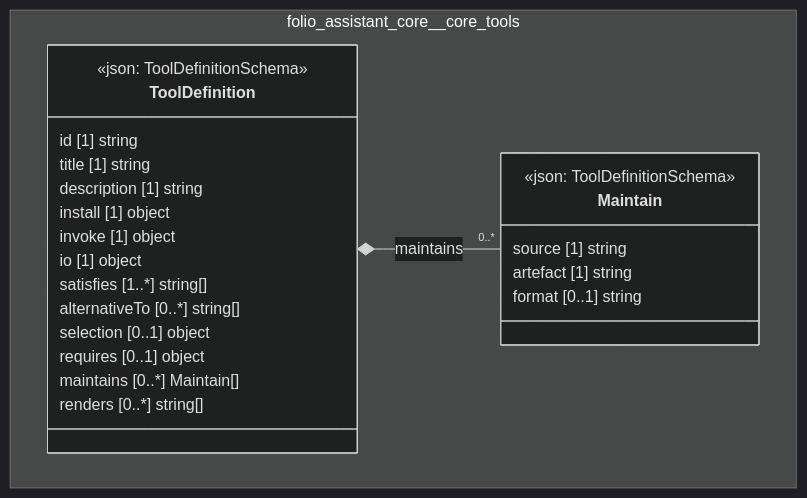
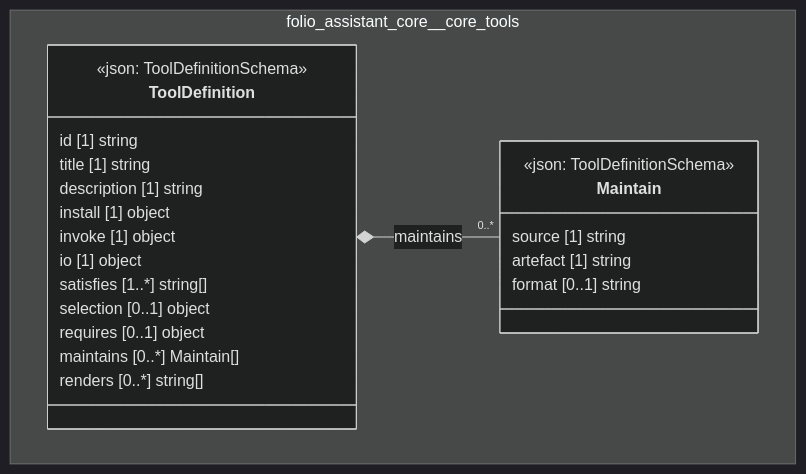
The diagram in cat-harness/docs/uml/overview/folio-assistant-core/core-tools.md (litlfred/folio-assistant), drawn with Mermaid (dark theme) before and after one commit. The commit also changed 155 other files, not shown here.

````diff
--- a/cat-harness/docs/uml/overview/folio-assistant-core/core-tools.md
+++ b/cat-harness/docs/uml/overview/folio-assistant-core/core-tools.md
@@ -42,30 +42,29 @@
 ```mermaid
 classDiagram
   direction TB
   namespace folio_assistant_core__core_tools {
     class folio_assistant_core_core_tools_Maintain["Maintain"] {
       <<json: ToolDefinitionSchema>>
       source [1] string
       artefact [1] string
       format [0..1] string
     }
     class folio_assistant_core_core_tools_ToolDefinition["ToolDefinition"] {
       <<json: ToolDefinitionSchema>>
       id [1] string
       title [1] string
       description [1] string
       install [1] object
       invoke [1] object
       io [1] object
       satisfies [1..*] string[]
-      alternativeTo [0..*] string[]
       selection [0..1] object
       requires [0..1] object
       maintains [0..*] Maintain[]
       renders [0..*] string[]
     }
   }
   folio_assistant_core_core_tools_ToolDefinition *-- "0..*" folio_assistant_core_core_tools_Maintain : maintains
   cssClass "folio_assistant_core_core_tools_Maintain" fa_uml_kind_tools
   cssClass "folio_assistant_core_core_tools_ToolDefinition" fa_uml_kind_tools
 ```
````
